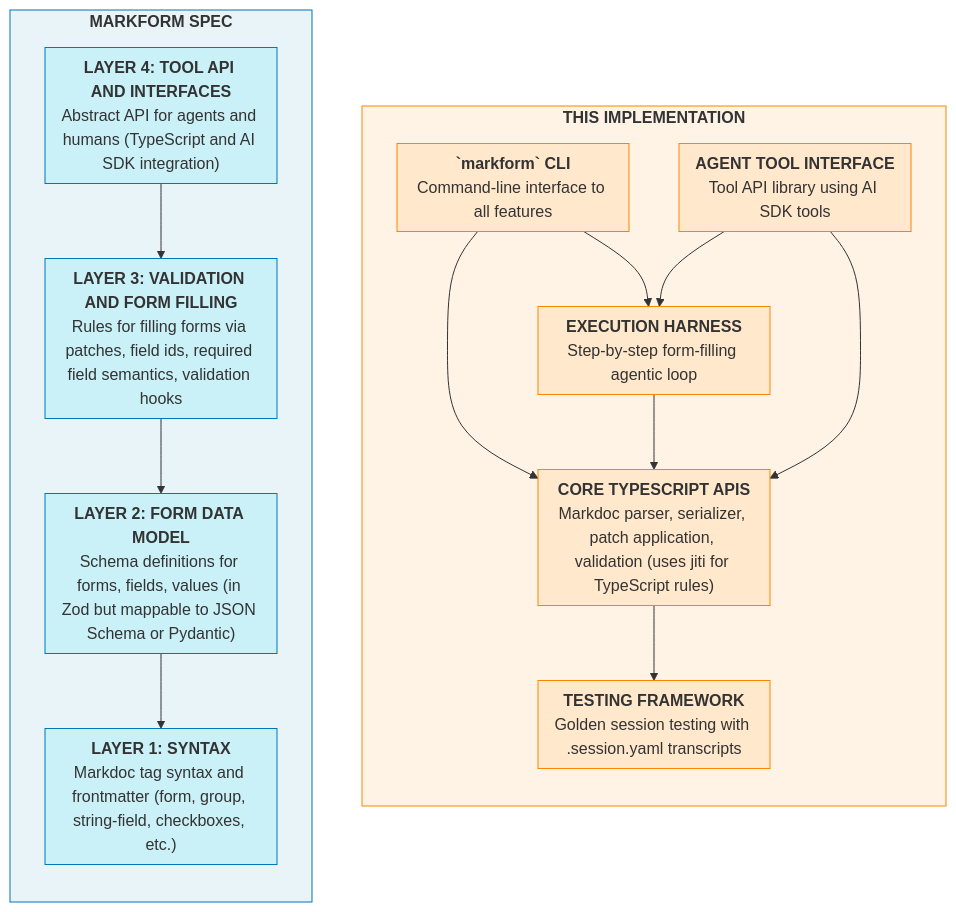
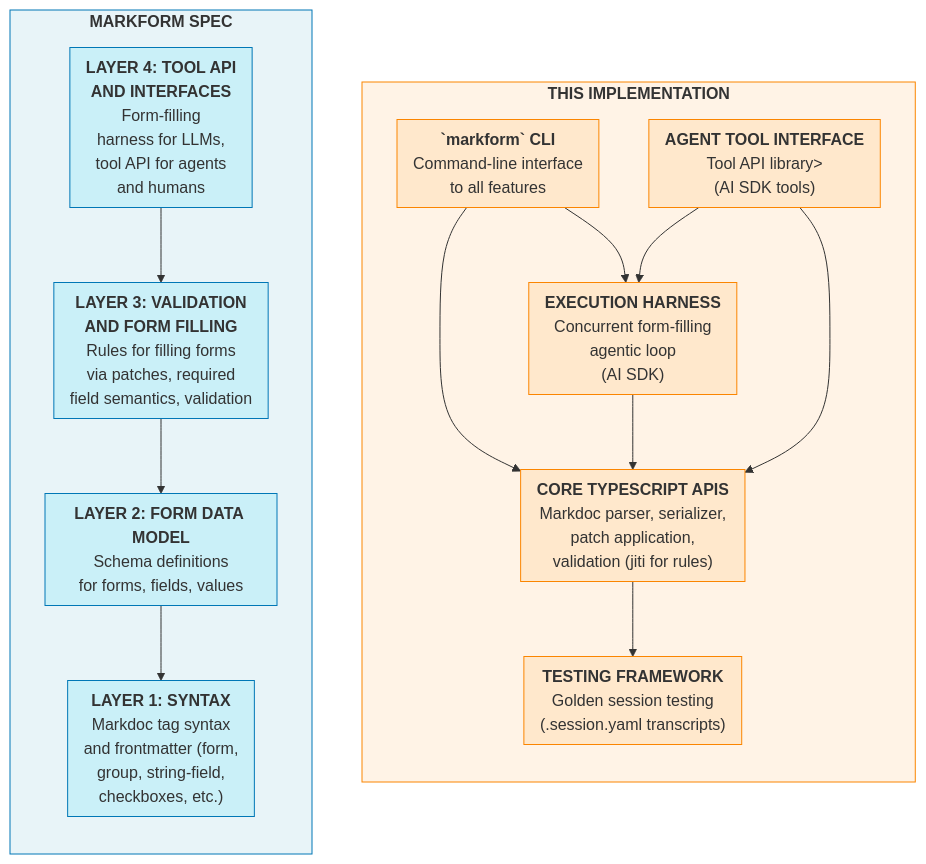
One commit to jlevy/markform changed the diagram in README.md. Above: the diagram before and after it, drawn with Mermaid. The commit also changed other lines of this file, not shown here.

Commit message:
Update README with improved formatting and links

````diff
--- a/README.md
+++ b/README.md
@@ -362,60 +362,60 @@
 ```mermaid
 flowchart LR
     subgraph SPEC["<b>MARKFORM SPEC</b>"]
         direction TB
 
-        subgraph L1["<b>LAYER 1: SYNTAX</b><br/>Markdoc tag syntax and frontmatter (form, group, string-field, checkboxes, etc.)"]
+        subgraph L1["<b>LAYER 1: SYNTAX</b><br/>Markdoc tag syntax<br/>and frontmatter (form,<br/>group, string-field, <br/>checkboxes, etc.)"]
         end
 
-        subgraph L2["<b>LAYER 2: FORM DATA MODEL</b><br/>Schema definitions for forms, fields, values (in Zod but mappable to JSON Schema or Pydantic)"]
+        subgraph L2["<b>LAYER 2: FORM DATA MODEL</b><br/>Schema definitions<br/>for forms, fields, values"]
         end
 
-        subgraph L3["<b>LAYER 3: VALIDATION <br/>AND FORM FILLING</b><br/>Rules for filling forms via patches, field ids, required field semantics, validation hooks"]
+        subgraph L3["<b>LAYER 3: VALIDATION <br/>AND FORM FILLING</b><br/>Rules for filling forms<br/>via patches, required<br/>field semantics, validation"]
         end
 
-        subgraph L4["<b>LAYER 4: TOOL API <br/>AND INTERFACES</b><br/>Abstract API for agents and humans (TypeScript and AI SDK integration)"]
+        subgraph L4["<b>LAYER 4: TOOL API <br/>AND INTERFACES</b><br/>Form-filling<br/>harness for LLMs,<br/>tool API for agents<br/>and humans"]
         end
 
         L4 --> L3 --> L2 --> L1
     end
 
     subgraph IMPL["<b>THIS IMPLEMENTATION</b>"]
         direction TB
 
-        subgraph CLI["<b>`markform` CLI</b><br/>Command-line interface to all features"]
+        subgraph CLI["<b>`markform` CLI</b><br/>Command-line interface<br/>to all features"]
         end
 
-        subgraph AGENT["<b>AGENT TOOL INTERFACE</b><br/>Tool API library using AI SDK tools"]
+        subgraph AGENT["<b>AGENT TOOL INTERFACE</b><br/>Tool API library><br/>(AI SDK tools)"]
         end
 
-        subgraph HARNESS["<b>EXECUTION HARNESS</b><br/>Step-by-step form-filling agentic loop"]
+        subgraph HARNESS["<b>EXECUTION HARNESS</b><br/>Concurrent form-filling<br/>agentic loop<br/>(AI SDK)"]
         end
 
-        subgraph ENGINE["<b>CORE TYPESCRIPT APIS</b><br/>Markdoc parser, serializer, patch application, validation (uses jiti for TypeScript rules)"]
+        subgraph ENGINE["<b>CORE TYPESCRIPT APIS</b><br/>Markdoc parser, serializer,<br/>patch application,<br/>validation (jiti for rules)"]
         end
 
-        subgraph TEST["<b>TESTING FRAMEWORK</b><br/>Golden session testing with .session.yaml transcripts"]
+        subgraph TEST["<b>TESTING FRAMEWORK</b><br/>Golden session testing<br/>(.session.yaml transcripts)"]
         end
 
         CLI --> ENGINE
         CLI --> HARNESS
         AGENT --> HARNESS
         AGENT --> ENGINE
         HARNESS --> ENGINE
         ENGINE --> TEST
     end
 
     SPEC ~~~ IMPL
 
     style SPEC fill:#e8f4f8,stroke:#0077b6
     style L1 fill:#caf0f8,stroke:#0077b6
     style L2 fill:#caf0f8,stroke:#0077b6
     style L3 fill:#caf0f8,stroke:#0077b6
     style L4 fill:#caf0f8,stroke:#0077b6
     style IMPL fill:#fff3e6,stroke:#fb8500
     style ENGINE fill:#ffe8cc,stroke:#fb8500
     style CLI fill:#ffe8cc,stroke:#fb8500
     style AGENT fill:#ffe8cc,stroke:#fb8500
     style HARNESS fill:#ffe8cc,stroke:#fb8500
     style TEST fill:#ffe8cc,stroke:#fb8500
 ```
````
